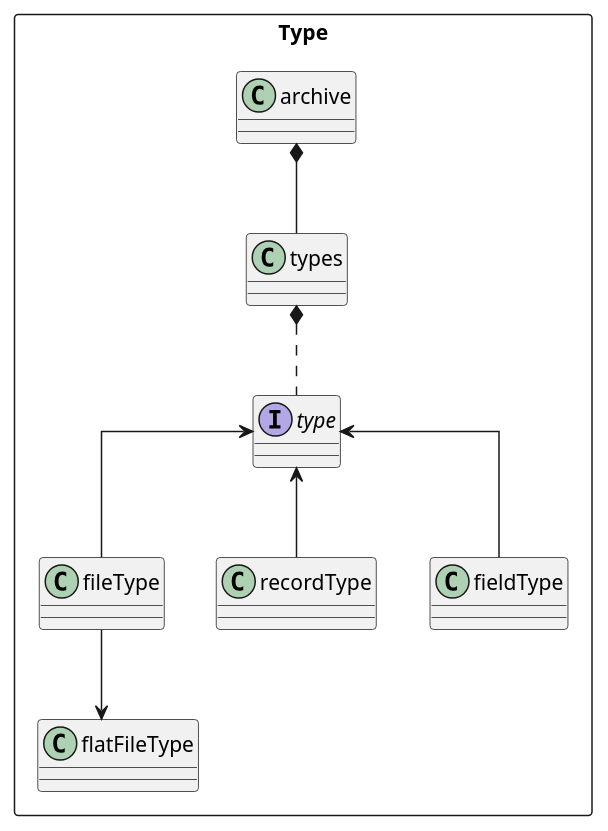
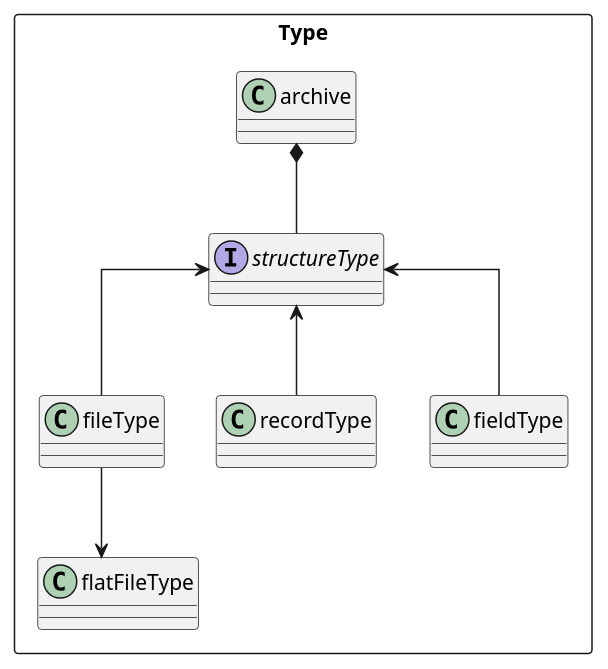
One commit to joergen-vs/73027c42-c2cd-4c62-b1f4-2532c0eb8dab changed the diagram in usage/aspirations/umls/uml-type.puml. Above: the diagram before and after it, drawn with PlantUML. The commit also changed 6 other files, not shown here.

Commit message:
Updated uml, no collection Changed type to structureType for less confusion

```diff
--- a/usage/aspirations/umls/uml-type.puml
+++ b/usage/aspirations/umls/uml-type.puml
@@ -1,16 +1,16 @@
 @startuml
 skinparam linetype polyline
 skinparam linetype ortho
 
 package "Type" <<Rectangle>> {
-archive *-- types
-interface type
-types *.. type
-type <-- fileType
-type <-- recordType
-type <-- fieldType
+interface structureType
+
+archive *-- structureType
+structureType <-- fileType
+structureType <-- recordType
+structureType <-- fieldType
 
 fileType --> flatFileType
 }
 
 @enduml
```
